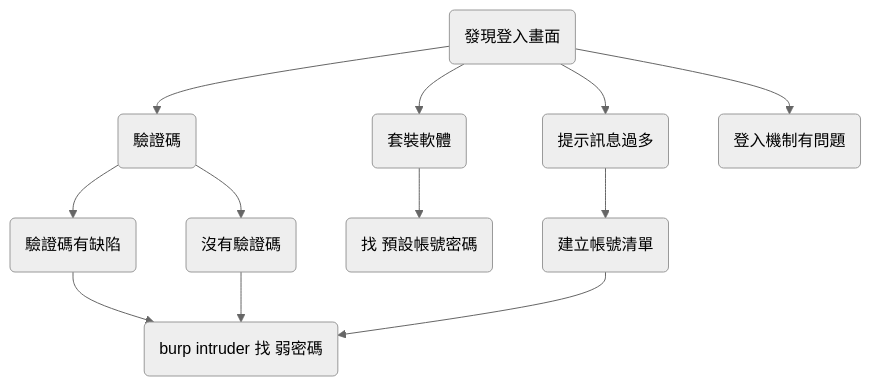
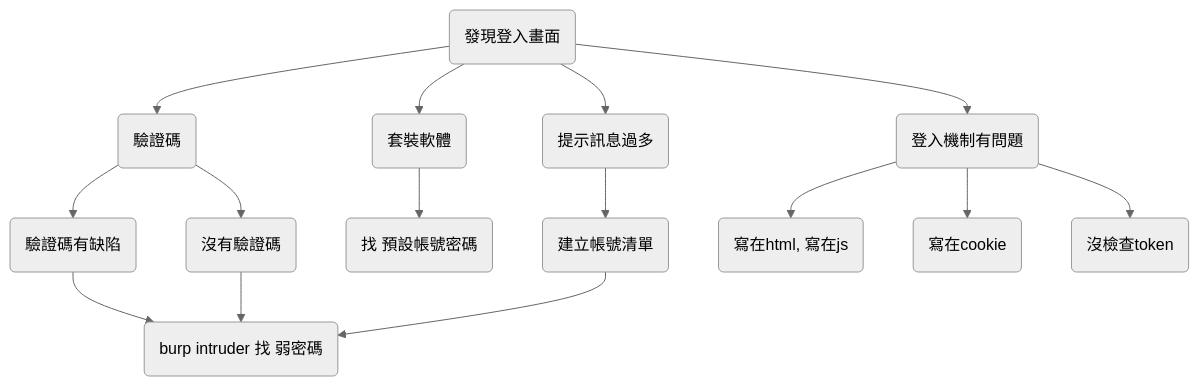
Before and after one commit to awchjimmy/linux-journey: the third of 3 diagrams in 流程圖/白帽流程圖.md, drawn with Mermaid (neutral theme).

````diff
--- a/流程圖/白帽流程圖.md
+++ b/流程圖/白帽流程圖.md
@@ -29,18 +29,21 @@
 ```mermaid
 flowchart TD
     id1(發現登入畫面)
     id1020101(burp intruder 找 弱密碼)
     
     id1 --> id102(驗證碼)
     id1 --> id103(套裝軟體)
     id1 --> id104(提示訊息過多)
     id1 --> id105(登入機制有問題)
     
     id102 --> id10201(驗證碼有缺陷)
     id102 --> id10202(沒有驗證碼)
     id10201 --> id1020101
     id10202 --> id1020101
     id103 --> id10301(找 預設帳號密碼)
     id104 --> id10401(建立帳號清單)
     id10401 --> id1020101
+    id105 --> id10501(寫在html, 寫在js)
+    id105 --> id10502(寫在cookie)
+    id105 --> id10503(沒檢查token)
 ```
````
